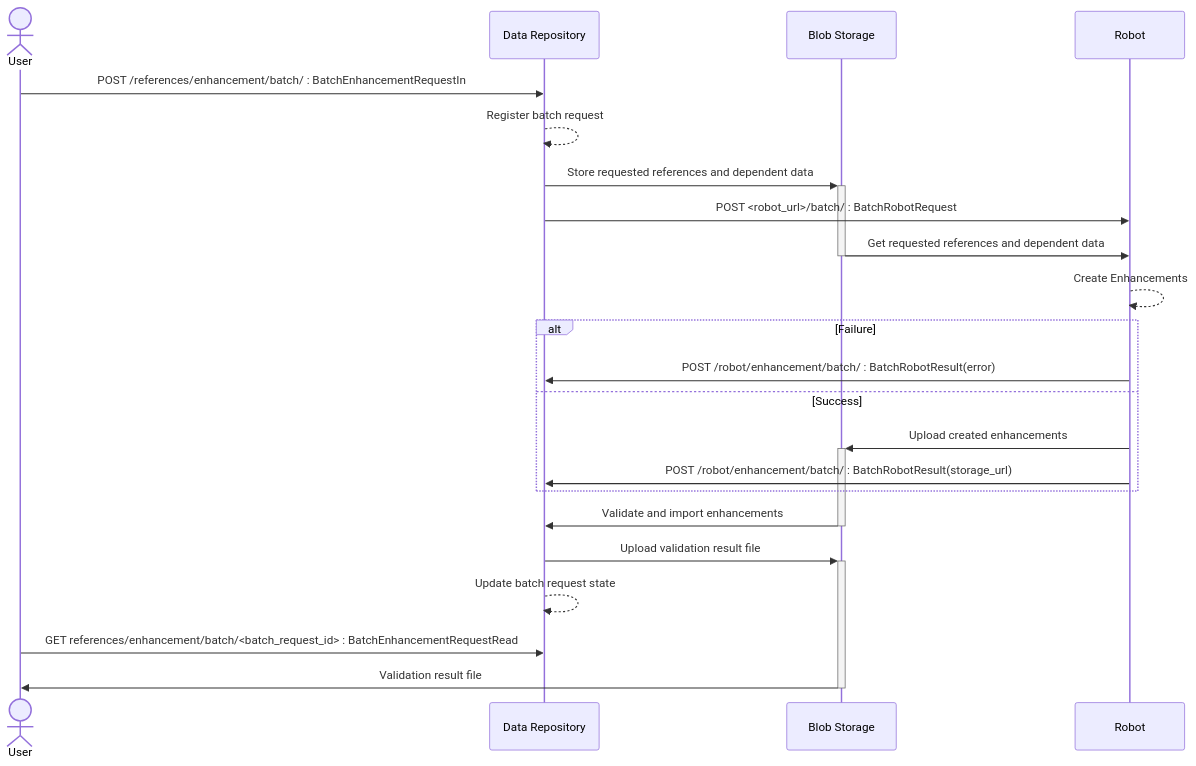
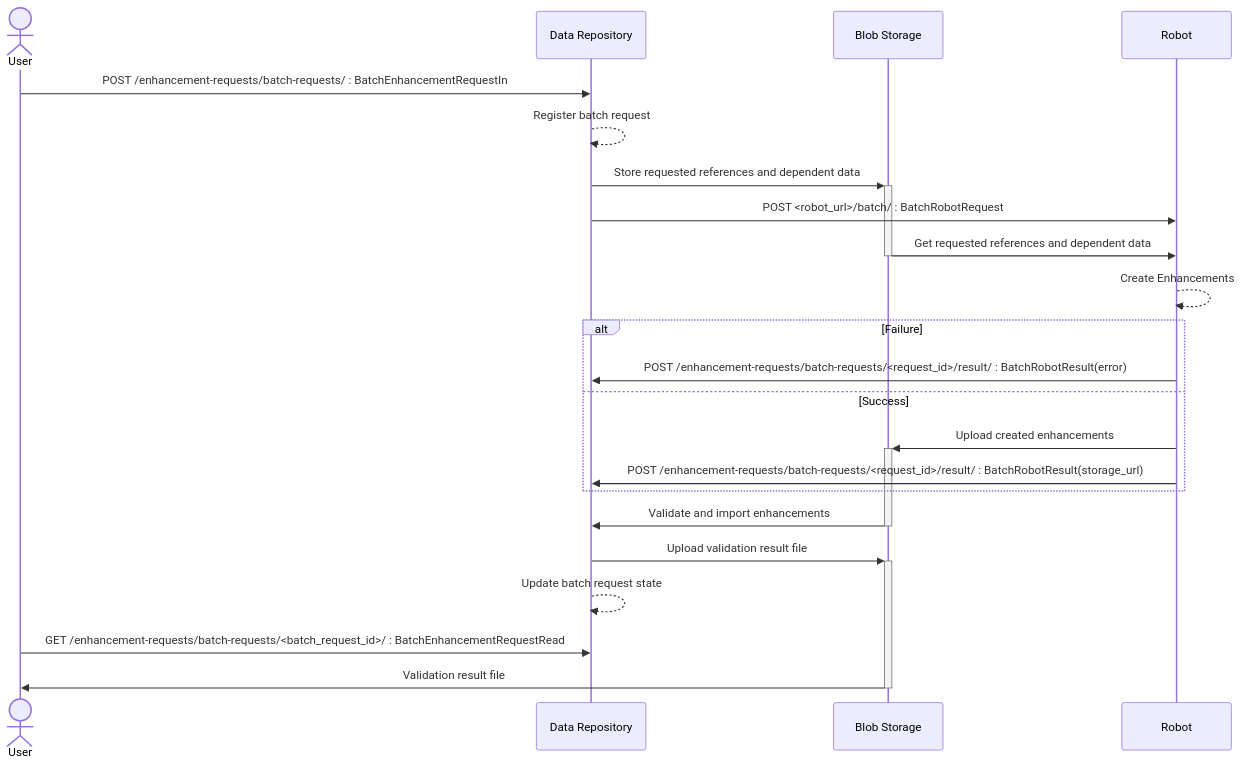
Before and after one commit to destiny-evidence/destiny-repository: the diagram in docs/procedures/requesting-batch-enhancements.rst, drawn with Mermaid. The commit also changed other lines of this file and 4 other files, not shown here.

```diff
--- a/docs/procedures/requesting-batch-enhancements.rst
+++ b/docs/procedures/requesting-batch-enhancements.rst
@@ -10,24 +10,24 @@
 .. mermaid::
 
     sequenceDiagram
         actor User
         participant Data Repository
         participant Blob Storage
         participant Robot
-        User->>Data Repository: POST /references/enhancement/batch/ : BatchEnhancementRequestIn
+        User->>Data Repository: POST /enhancement-requests/batch-requests/ : BatchEnhancementRequestIn
         Data Repository-->>Data Repository: Register batch request
         Data Repository->>+Blob Storage: Store requested references and dependent data
         Data Repository->>Robot: POST <robot_url>/batch/ : BatchRobotRequest
         Blob Storage->>-Robot: Get requested references and dependent data
         Robot-->>Robot: Create Enhancements
         alt Failure
-            Robot->>Data Repository: POST /robot/enhancement/batch/ : BatchRobotResult(error)
+            Robot->>Data Repository: POST /enhancement-requests/batch-requests/<request_id>/result/ : BatchRobotResult(error)
         else Success
             Robot->>+Blob Storage: Upload created enhancements
-            Robot->>Data Repository: POST /robot/enhancement/batch/ : BatchRobotResult(storage_url)
+            Robot->>Data Repository: POST /enhancement-requests/batch-requests/<request_id>/result/ : BatchRobotResult(storage_url)
         end
         Blob Storage->>-Data Repository: Validate and import enhancements
         Data Repository->>+Blob Storage: Upload validation result file
         Data Repository-->>Data Repository: Update batch request state
-        User->>Data Repository: GET references/enhancement/batch/<batch_request_id> : BatchEnhancementRequestRead
+        User->>Data Repository: GET /enhancement-requests/batch-requests/<batch_request_id>/ : BatchEnhancementRequestRead
         Blob Storage->>-User: Validation result file
```
